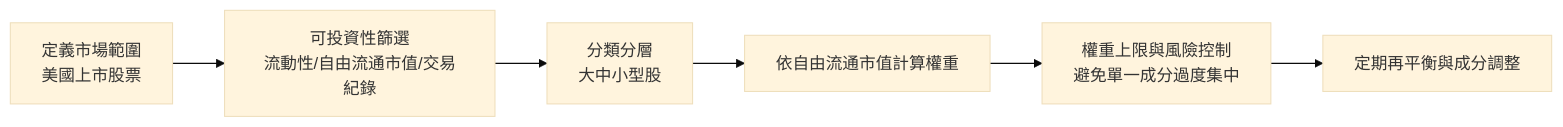
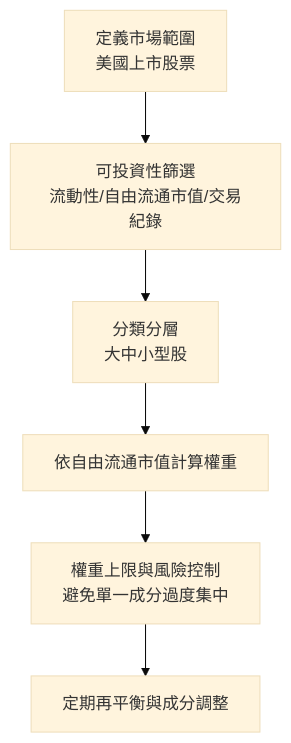
One commit to nationalteam/investment changed the diagram in docs/passive-investing-voo-vti.md. Above: the diagram before and after it, drawn with Mermaid (base theme).

Commit message:
docs: simplify passive investing mermaid flow layout

````diff
--- a/docs/passive-investing-voo-vti.md
+++ b/docs/passive-investing-voo-vti.md
@@ -65,8 +65,5 @@
 ```mermaid
-flowchart LR
-    A["定義市場範圍<br/>美國上市股票"] --> B["可投資性篩選<br/>流動性/自由流通市值/交易紀錄"]
-    B --> C["分類分層<br/>大中小型股"]
-    C --> D["依自由流通市值計算權重"]
-    D --> E["權重上限與風險控制<br/>避免單一成分過度集中"]
-    E --> F["定期再平衡與成分調整"]
+flowchart TB
+    A["定義市場範圍<br/>美國上市股票"] --> B["可投資性篩選<br/>流動性/自由流通市值/交易紀錄"] --> C["分類分層<br/>大中小型股"]
+    C --> D["依自由流通市值計算權重"] --> E["權重上限與風險控制<br/>避免單一成分過度集中"] --> F["定期再平衡與成分調整"]
 ```
````
